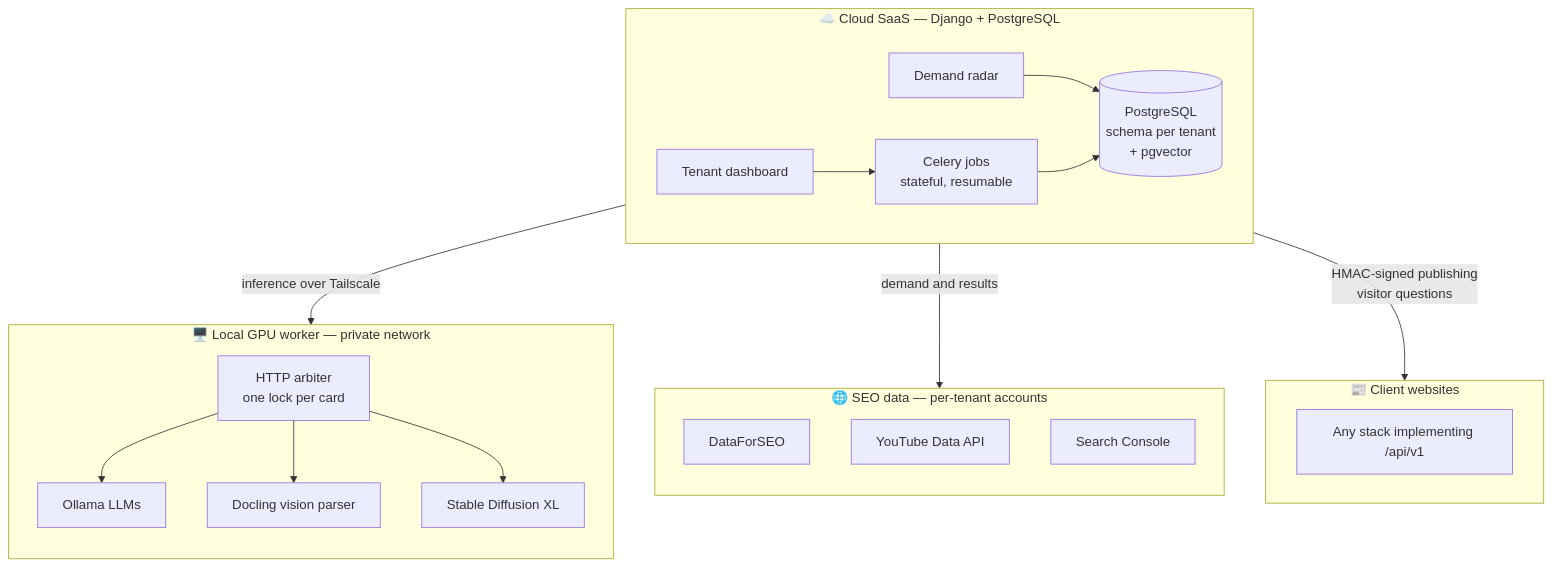
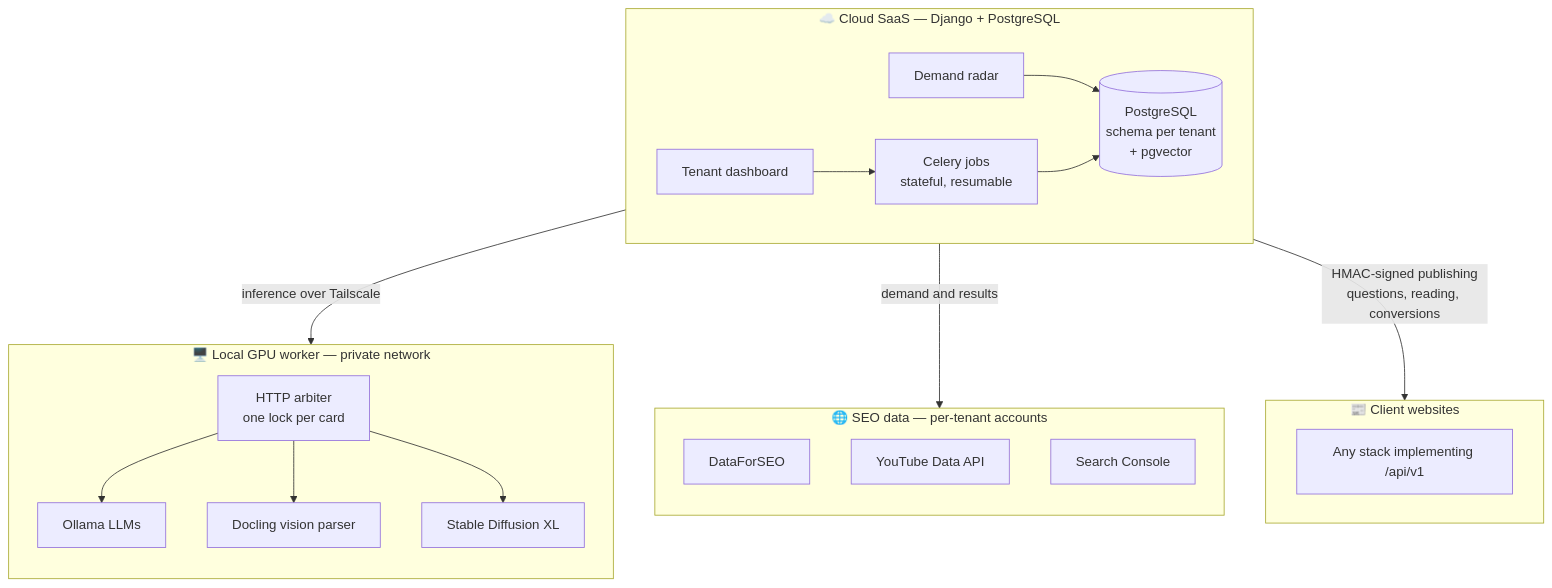
The diagram in README.md (EduardoReolon/publi-bot), drawn with Mermaid before and after one commit. The commit also changed other lines of this file and 67 other files, not shown here.

````diff
--- a/README.md
+++ b/README.md
@@ -32,31 +32,31 @@
 ```mermaid
 flowchart TB
     subgraph cloud["☁️ Cloud SaaS — Django + PostgreSQL"]
         direction LR
         UI["Tenant dashboard"] --> Q["Celery jobs<br/>stateful, resumable"]
         R["Demand radar"] --> DB[("PostgreSQL<br/>schema per tenant<br/>+ pgvector")]
         Q --> DB
     end
 
     subgraph gpu["🖥️ Local GPU worker — private network"]
         direction TB
         W["HTTP arbiter<br/>one lock per card"] --> L["Ollama LLMs"]
         W --> D["Docling vision parser"]
         W --> S["Stable Diffusion XL"]
     end
 
     subgraph ext["🌐 SEO data — per-tenant accounts"]
         direction TB
         DF["DataForSEO"]
         YT["YouTube Data API"]
         GSC["Search Console"]
     end
 
     subgraph sites["📰 Client websites"]
         N["Any stack implementing /api/v1"]
     end
 
     cloud -- "inference over Tailscale" --> gpu
     cloud -- "demand and results" --> ext
-    cloud -- "HMAC-signed publishing<br/>visitor questions" --> sites
+    cloud -- "HMAC-signed publishing<br/>questions, reading, conversions" --> sites
 ```
````
